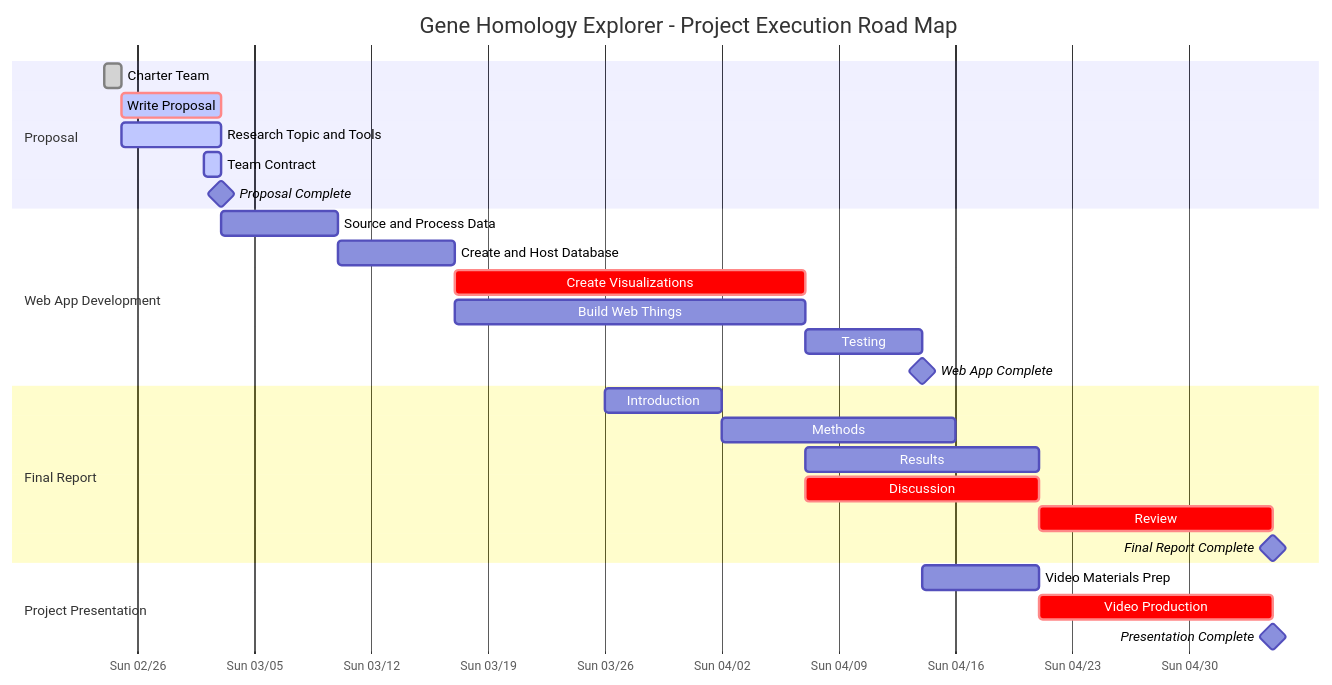
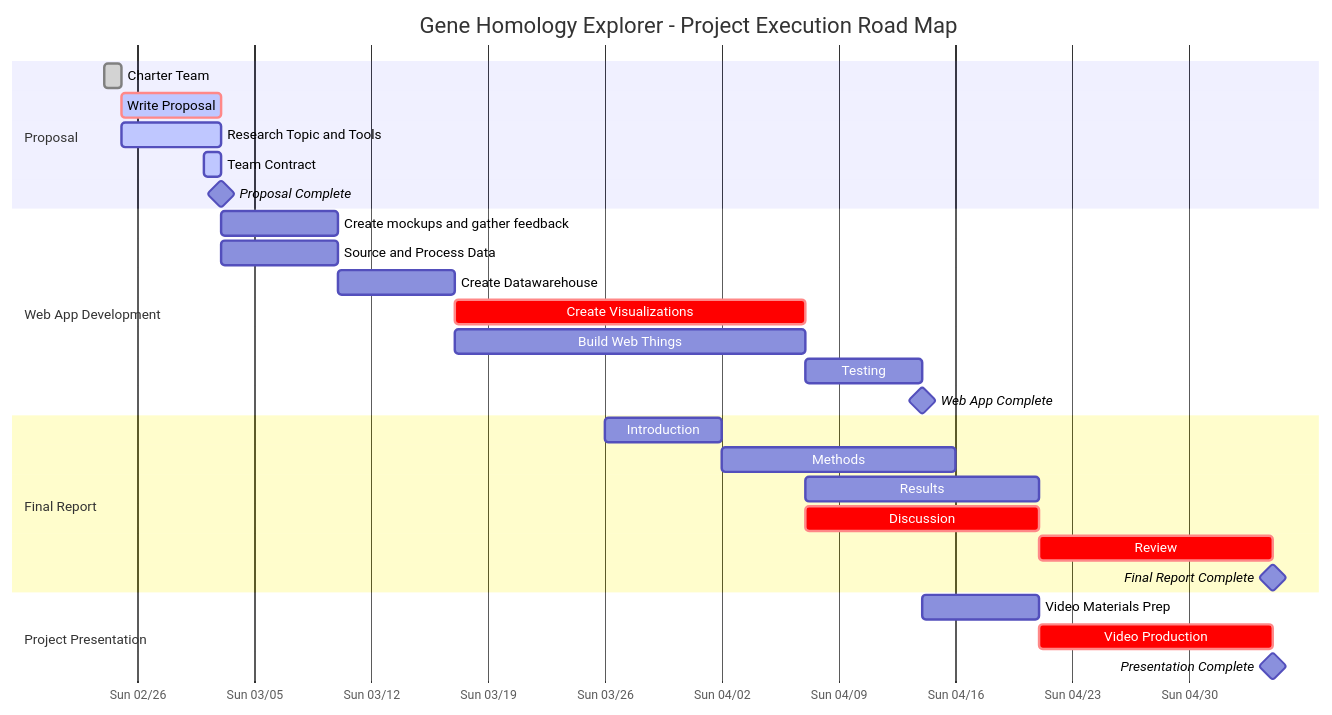
The second of 2 diagrams in docs/proposal.md (jogoodma/homology-explorer), drawn with Mermaid before and after one commit. The commit also changed other lines of this file and 1 other file, not shown here.

````diff
--- a/docs/proposal.md
+++ b/docs/proposal.md
@@ -93,35 +119,36 @@
 ```mermaid
 gantt
     dateFormat  YYYY-MM-DD
     axisFormat  %a %m/%d
     title       Gene Homology Explorer - Project Execution Road Map
 
     section Proposal
     Charter Team              :done, p1, 2023-02-24, 2023-02-25
     Write Proposal            :crit, active, p2, after p1, 6d
     Research Topic and Tools  :active, p3, after p1, 6d
     Team Contract             :active, p4, 2023-03-02, 1d
     Proposal Complete         :milestone, p5, 2023-03-03, 0d
 
     section Web App Development
-    Source and Process Data             :a1, after p5, 7d
-    Create and Host Database            :a2, after a1, 7d
-    Create Visualizations               :crit, a3, after a2, 21d
-    Build Web Things                    :a4, after a2, 21d
-    Testing                             :a5, after a3, 7d
-    Web App Complete                    :milestone, a6, after a5, 0d
+    Create mockups and gather feedback  :a1, after p5, 7d
+    Source and Process Data             :a2, after p5, 7d
+    Create Datawarehouse                :a3, after a2, 7d
+    Create Visualizations               :crit, a4, after a3, 21d
+    Build Web Things                    :a5, after a3, 21d
+    Testing                             :a6, after a4, 7d
+    Web App Complete                    :milestone, a7, after a6, 0d
 
     section Final Report
     Introduction              :f1, 2023-03-26, 7d
     Methods                   :f2, after f1, 14d
-    Results                   :f3, after a3, 14d
-    Discussion                :crit, f4, after a3, 14d
+    Results                   :f3, after a4, 14d
+    Discussion                :crit, f4, after a4, 14d
     Review                    :crit, f5, after f4, 14d
     Final Report Complete     :milestone, f6, after f5, 0d
 
     section Project Presentation
     Video Materials Prep      :v1, 2023-04-14, 7d
     Video Production          :crit, v2, 2023-04-21, 14d
     Presentation Complete     :milestone, 2023-05-05, 0d
 
 ```
````
